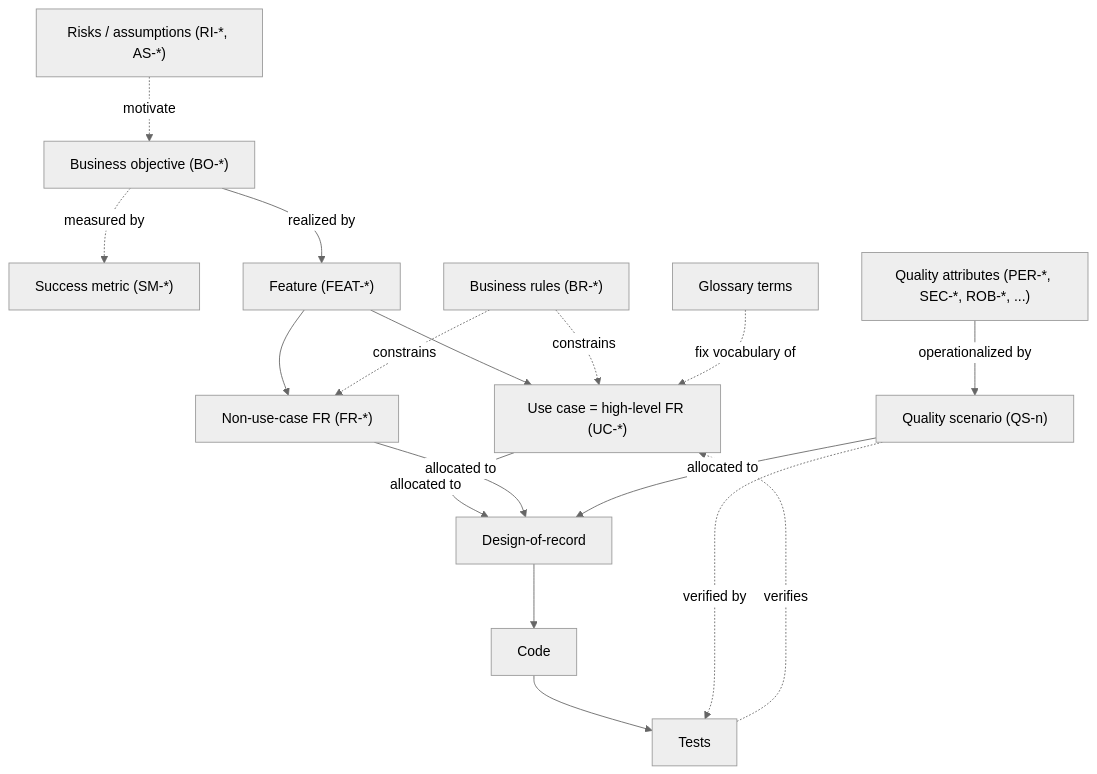
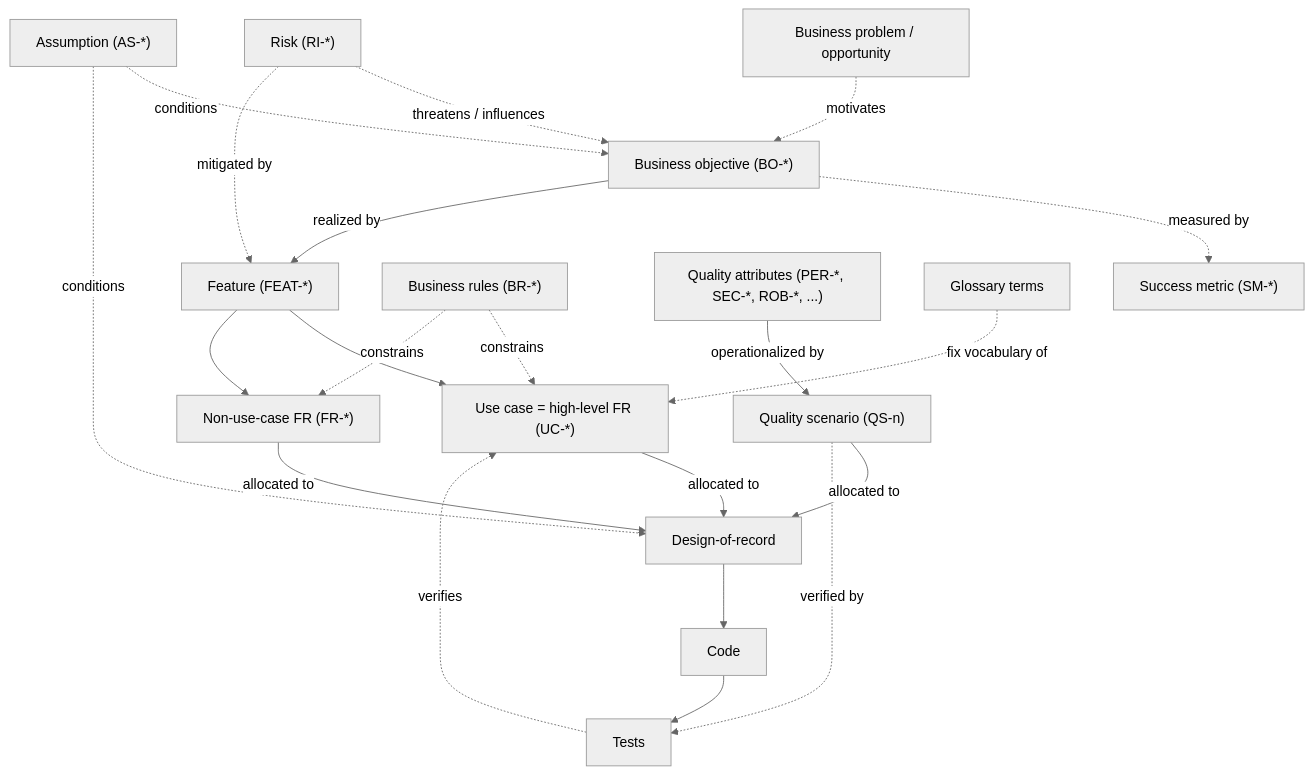
The diagram in docs/methodology.md (Washingtonwei/project-pulse), drawn with Mermaid (neutral theme) before and after one commit. The commit also changed other lines of this file and 2 other files, not shown here.

First line of the commit message:
docs: fold methodology into spec chain; add off-spine problem/assumption nodes

````diff
--- a/docs/methodology.md
+++ b/docs/methodology.md
@@ -104,22 +106,26 @@
 ```mermaid
 flowchart TD
-    RIAS["Risks / assumptions (RI-*, AS-*)"] -. motivate .-> BO["Business objective (BO-*)"]
+    PROB["Business problem / opportunity"] -. motivates .-> BO["Business objective (BO-*)"]
+    RISK["Risk (RI-*)"] -. threatens / influences .-> BO
+    RISK -. mitigated by .-> FEAT["Feature (FEAT-*)"]
+    ASM["Assumption (AS-*)"] -. conditions .-> BO
+    ASM -. conditions .-> DSGN["Design-of-record"]
     BO -. measured by .-> SM["Success metric (SM-*)"]
-    BO -- realized by --> FEAT["Feature (FEAT-*)"]
+    BO -- realized by --> FEAT
     FEAT --> UC["Use case = high-level FR (UC-*)"]
     FEAT --> FR["Non-use-case FR (FR-*)"]
-    UC -- allocated to --> DSGN["Design-of-record"]
+    UC -- allocated to --> DSGN
     FR -- allocated to --> DSGN
     DSGN --> CODE["Code"]
     CODE --> TEST["Tests"]
     TEST -. verifies .-> UC
 
     BR["Business rules (BR-*)"] -. constrains .-> UC
     BR -. constrains .-> FR
 
     QA["Quality attributes (PER-*, SEC-*, ROB-*, ...)"] -- operationalized by --> QS["Quality scenario (QS-n)"]
     QS -- allocated to --> DSGN
     QS -. verified by .-> TEST
 
     GLOSS["Glossary terms"] -. fix vocabulary of .-> UC
 ```
````
